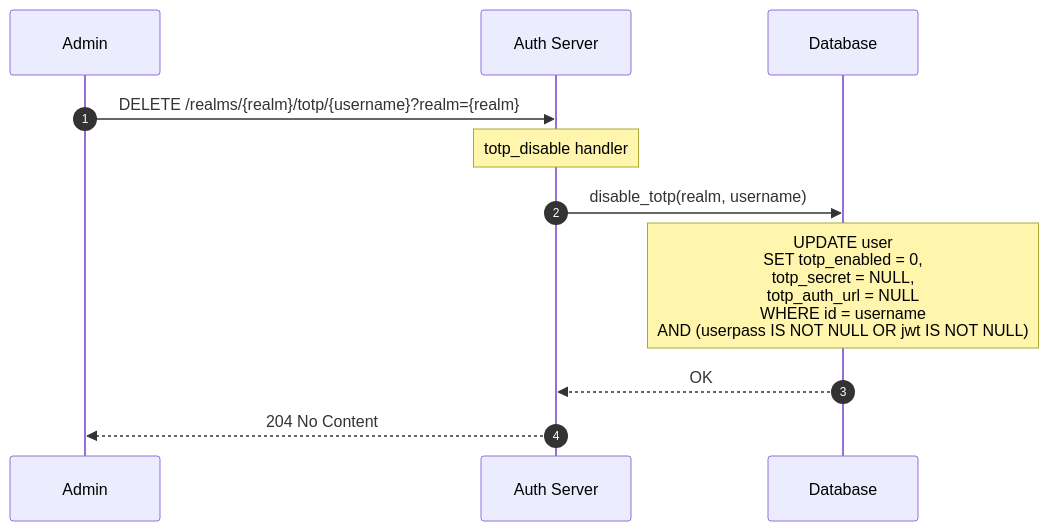
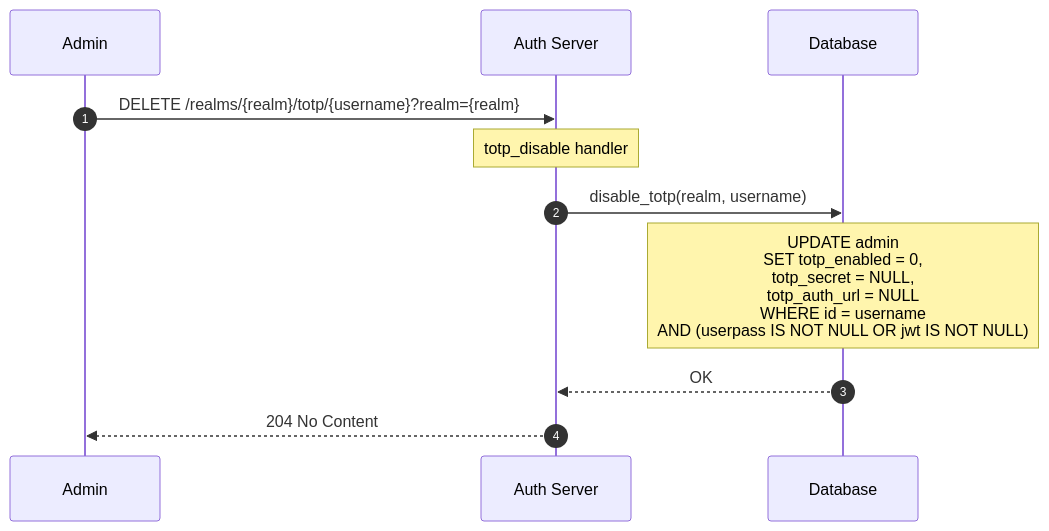
The third of 3 diagrams in server/documentation/two_factor_authentication.md (Cosmian/authentication), drawn with Mermaid before and after one commit. The commit also changed other lines of this file and 9 other files, not shown here.

````diff
--- a/server/documentation/two_factor_authentication.md
+++ b/server/documentation/two_factor_authentication.md
@@ -199,14 +199,14 @@
 ```mermaid
 sequenceDiagram
     autonumber
     participant Admin as Admin
     participant EA as Auth Server
     participant DB as Database
 
     Admin->>EA: DELETE /realms/{realm}/totp/{username}?realm={realm}
     note over EA: totp_disable handler
     EA->>DB: disable_totp(realm, username)
-    note over DB: UPDATE user<br/>SET totp_enabled = 0,<br/>    totp_secret = NULL,<br/>    totp_auth_url = NULL<br/>WHERE id = username<br/>AND (userpass IS NOT NULL OR jwt IS NOT NULL)
+    note over DB: UPDATE admin<br/>SET totp_enabled = 0,<br/>    totp_secret = NULL,<br/>    totp_auth_url = NULL<br/>WHERE id = username<br/>AND (userpass IS NOT NULL OR jwt IS NOT NULL)
     DB-->>EA: OK
     EA-->>Admin: 204 No Content
 ```
````
